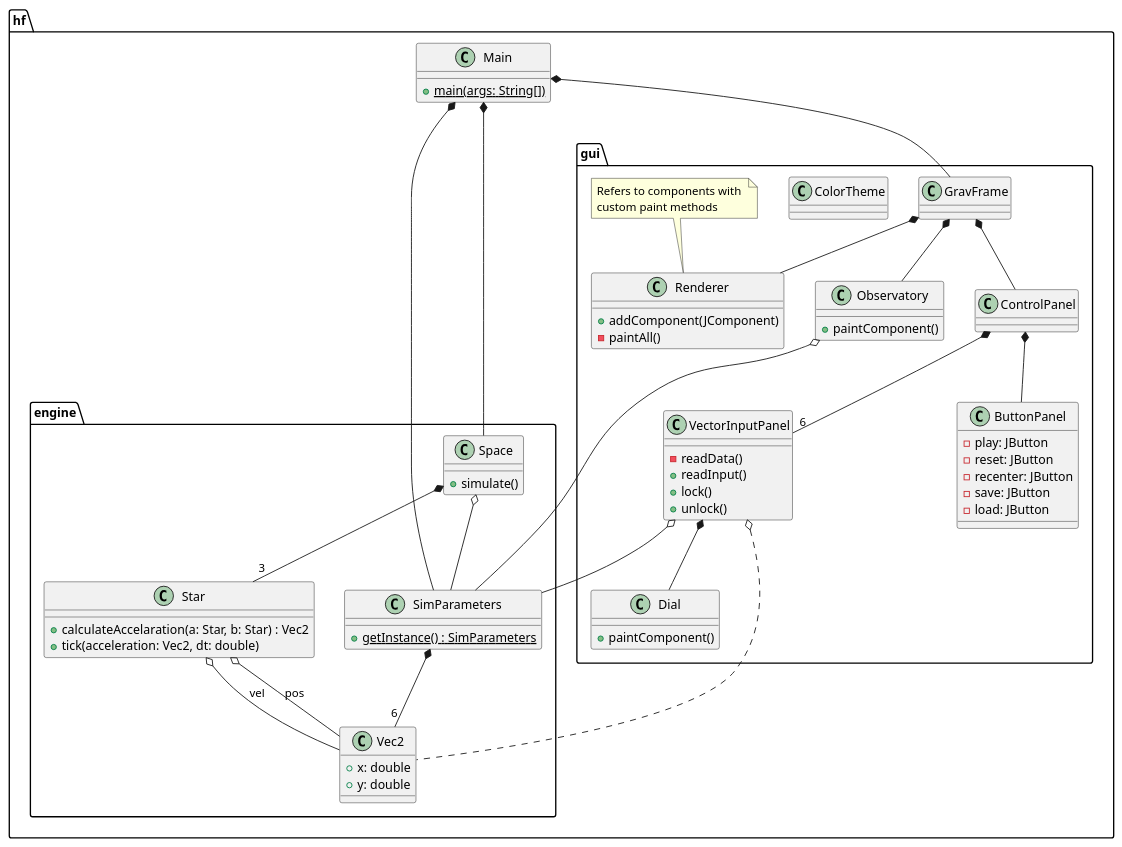
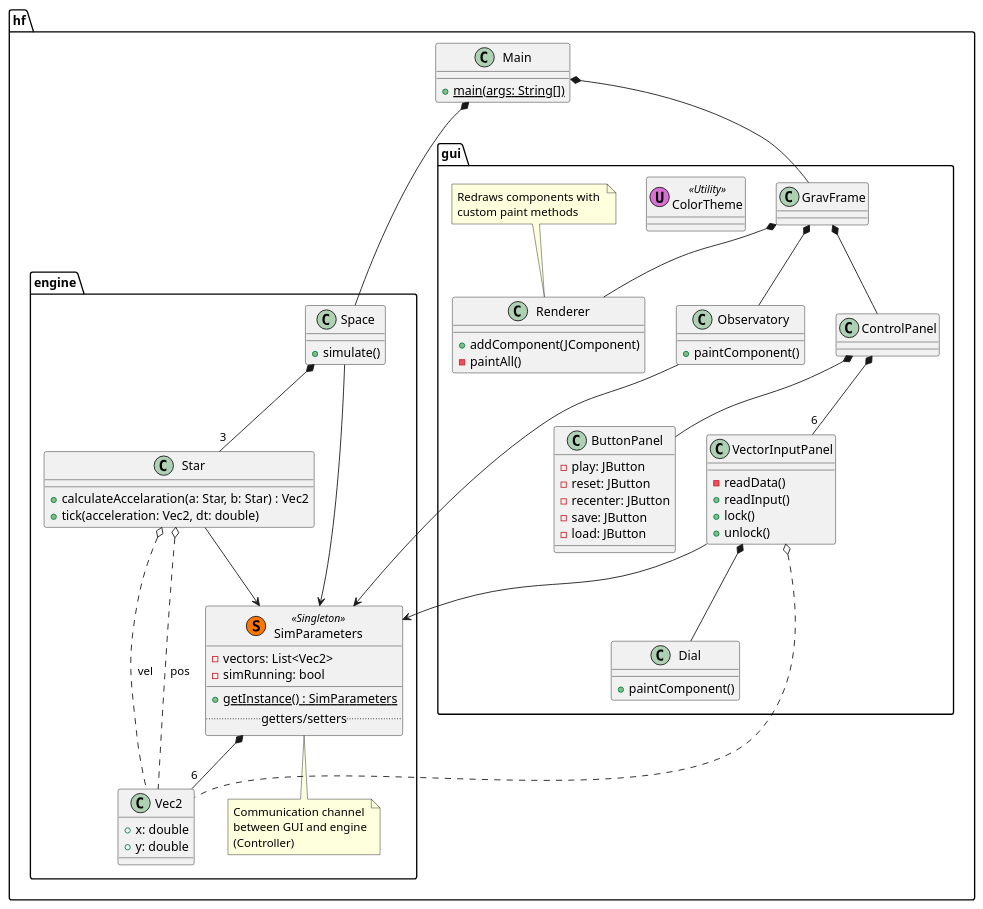
The diagram in classDiagram.plantuml (ZD4ve/grav), drawn with PlantUML before and after one commit. The commit also changed 4 other files, not shown here.

```diff
--- a/classDiagram.plantuml
+++ b/classDiagram.plantuml
@@ -1,81 +1,94 @@
 @startuml grav
 
 package hf {
     class Main {
         + {static} main(args: String[])
     }
 }
 
 package hf.engine {
     class Vec2 {
         + x: double
         + y: double
     }
-    class SimParameters {
+    class SimParameters << (S,#FF7700) Singleton >> {
+        - vectors: List<Vec2>
+        - simRunning: bool
+        __
         + {static} getInstance() : SimParameters
+        ..getters/setters..
     }
+    note bottom of SimParameters
+        Communication channel
+        between GUI and engine
+        (Controller)
+    end note
     class Space {
         + simulate()
     }
     class Star {
         + calculateAccelaration(a: Star, b: Star) : Vec2
         + tick(acceleration: Vec2, dt: double)
     }
 }
 
 package hf.gui {
     class GravFrame
-    class ColorTheme
+    class ColorTheme << (U,Orchid) Utility >>
     class ControlPanel
     class ButtonPanel {
         - play: JButton
         - reset: JButton
         - recenter: JButton
         - save: JButton
         - load: JButton
     }
     class VectorInputPanel {
         - readData()
         + readInput()
         + lock()
         + unlock()
     }
     class Dial {
         + paintComponent()
     }
     class Observatory {
         + paintComponent()
     }
     class Renderer {
         + addComponent(JComponent)
         - paintAll()
     }
-
     note top of Renderer
-        Refers to components with 
+        Redraws components with 
         custom paint methods
     end note
 }
 
+' Main
 Main *-- GravFrame
 Main *-- Space
-Main *-- SimParameters
 
-Space o-- SimParameters
+' Engine
 Space *-- "3" Star
 SimParameters *-- "6" Vec2
-Star o-- Vec2 : "pos"
-Star o-- Vec2 : "vel"
 
+' GUI
 VectorInputPanel *-- Dial
 GravFrame *-- ControlPanel
 GravFrame *-- Observatory
 GravFrame *-- Renderer
 ControlPanel *-- ButtonPanel
 ControlPanel *-- "6" VectorInputPanel
 
-Observatory o-- SimParameters
-VectorInputPanel o-- SimParameters
+' params
+Observatory --> SimParameters
+VectorInputPanel --> SimParameters
+Star --> SimParameters
+Space --> SimParameters
+Star o.. Vec2 : "pos"
+Star o.. Vec2 : "vel"
 VectorInputPanel o.. Vec2
 
+
 @enduml
```
